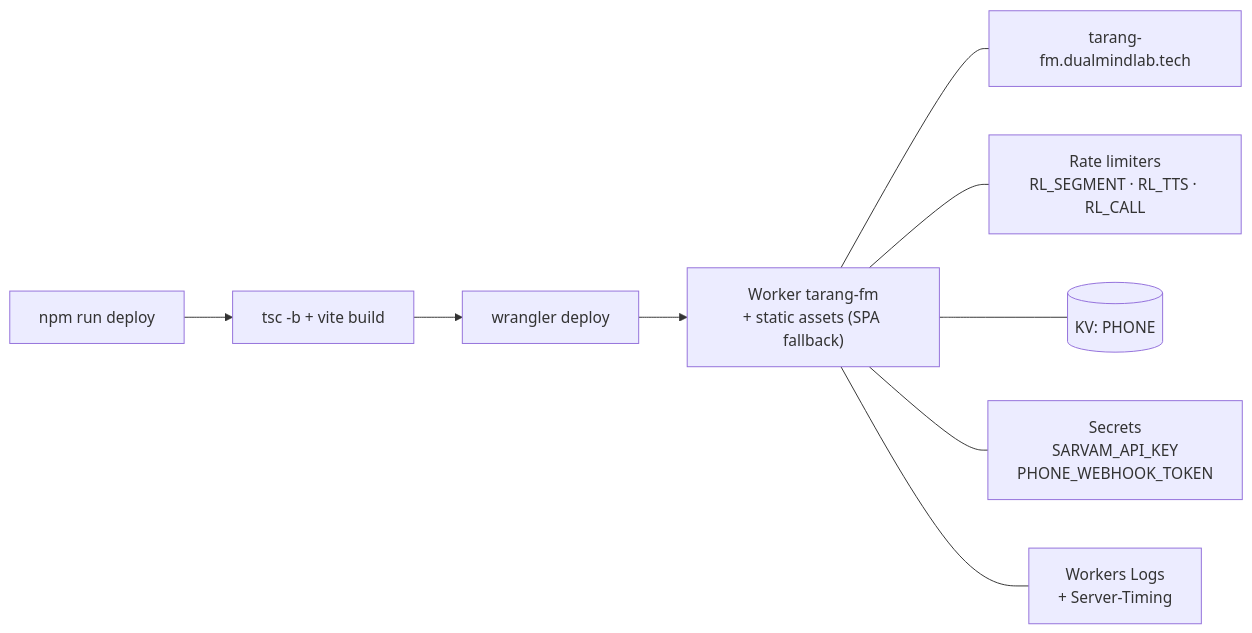
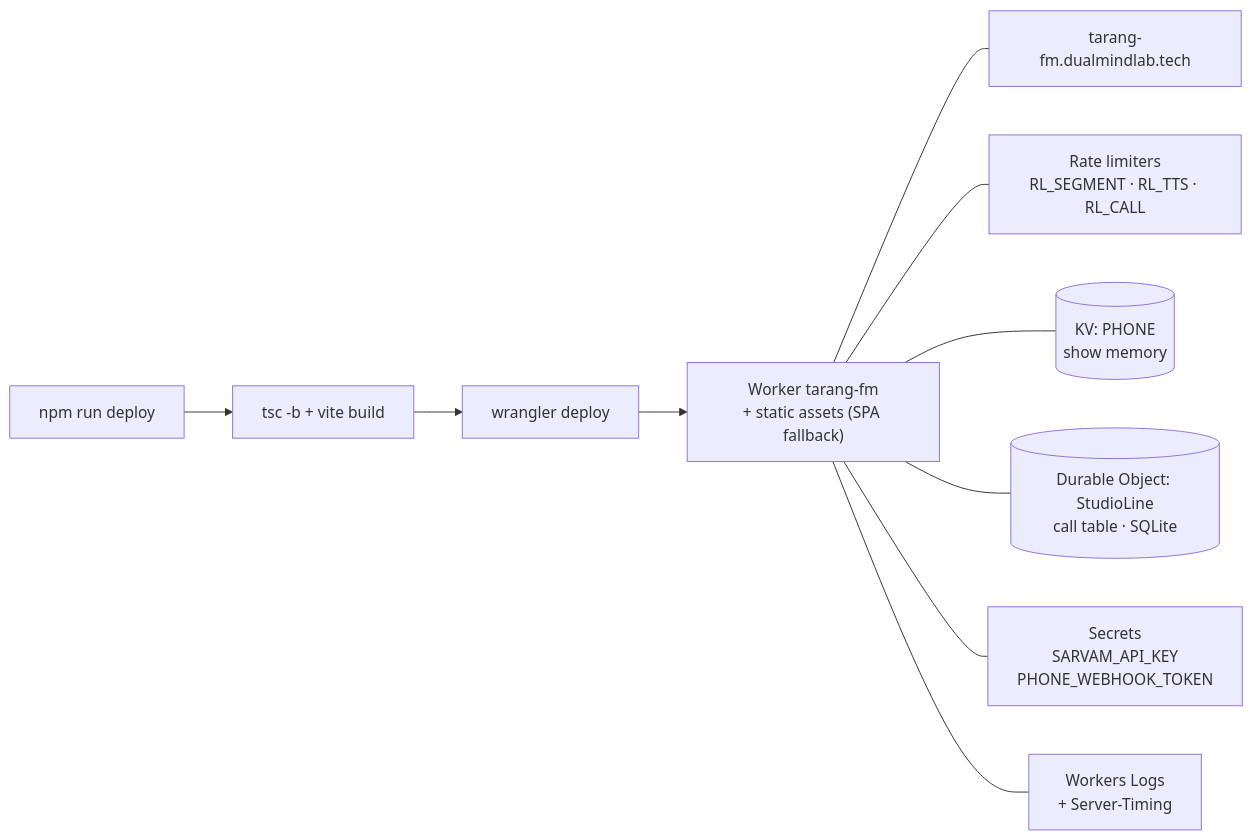
One commit to harshbhx/tarang-fm changed diagram 18 of 18 in docs/ARCHITECTURE.md. Above: the diagram before and after it, drawn with Mermaid. The commit also changed other lines of this file and 18 other files, not shown here.

First line of the commit message:
feat(phone): one shared call table, so a studio call is read on air once, ever

````diff
--- a/docs/ARCHITECTURE.md
+++ b/docs/ARCHITECTURE.md
@@ -536,11 +549,12 @@
 ```mermaid
 flowchart LR
   DEV["npm run deploy"] --> BUILD["tsc -b + vite build"]
   BUILD --> WR["wrangler deploy"]
   WR --> CFW["Worker tarang-fm<br/>+ static assets (SPA fallback)"]
   CFW --- DOM["tarang-fm.dualmindlab.tech"]
   CFW --- RL["Rate limiters<br/>RL_SEGMENT · RL_TTS · RL_CALL"]
-  CFW --- KVB[("KV: PHONE")]
+  CFW --- KVB[("KV: PHONE<br/>show memory")]
+  CFW --- DOB[("Durable Object: StudioLine<br/>call table · SQLite")]
   CFW --- SEC["Secrets<br/>SARVAM_API_KEY<br/>PHONE_WEBHOOK_TOKEN"]
   CFW --- OBS["Workers Logs<br/>+ Server-Timing"]
 ```
````
